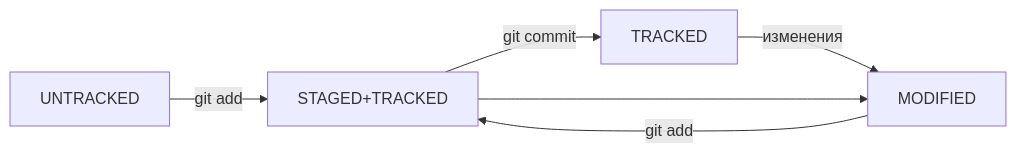
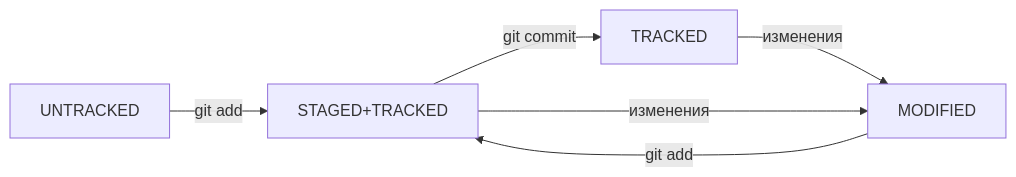
The diagram in README.md (myakunovre/Git-for-World), drawn with Mermaid before and after one commit.

Commit message:
Добавить слово "изменения" на стрелку в коде схемы mermaid

````diff
--- a/README.md
+++ b/README.md
@@ -183,8 +183,8 @@
 ```mermaid
 graph LR;
 UNTRACKED--"git add"-->STAGED+TRACKED;
 STAGED+TRACKED--"git commit"-->TRACKED;
 TRACKED--"изменения"-->MODIFIED;
 MODIFIED--"git add"-->STAGED+TRACKED;
-STAGED+TRACKED-->MODIFIED;
+STAGED+TRACKED--"изменения"-->MODIFIED;
 ```
````
